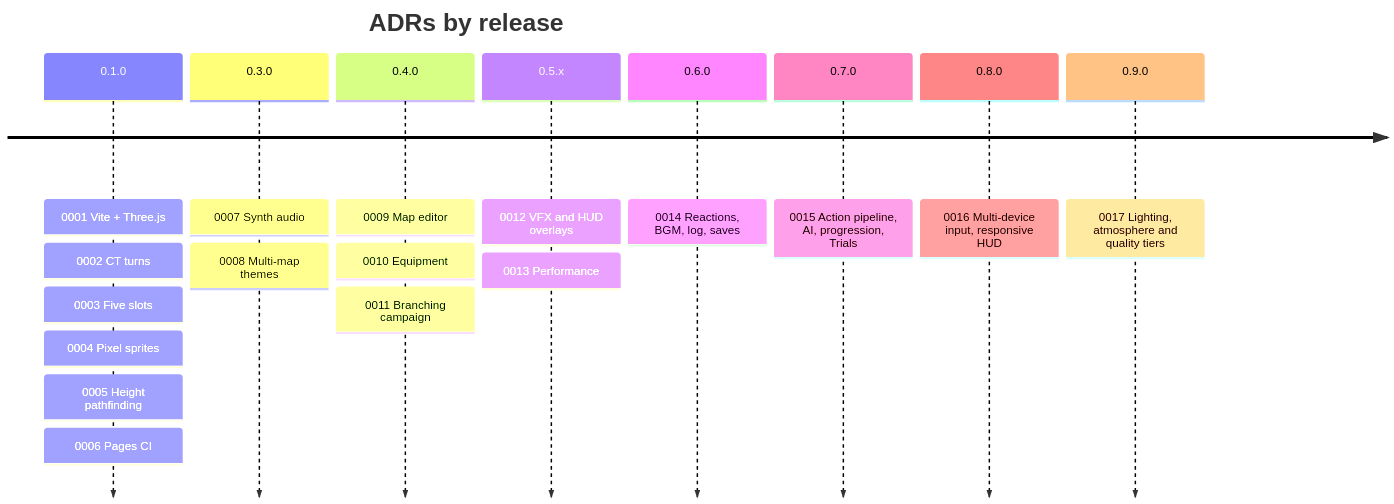
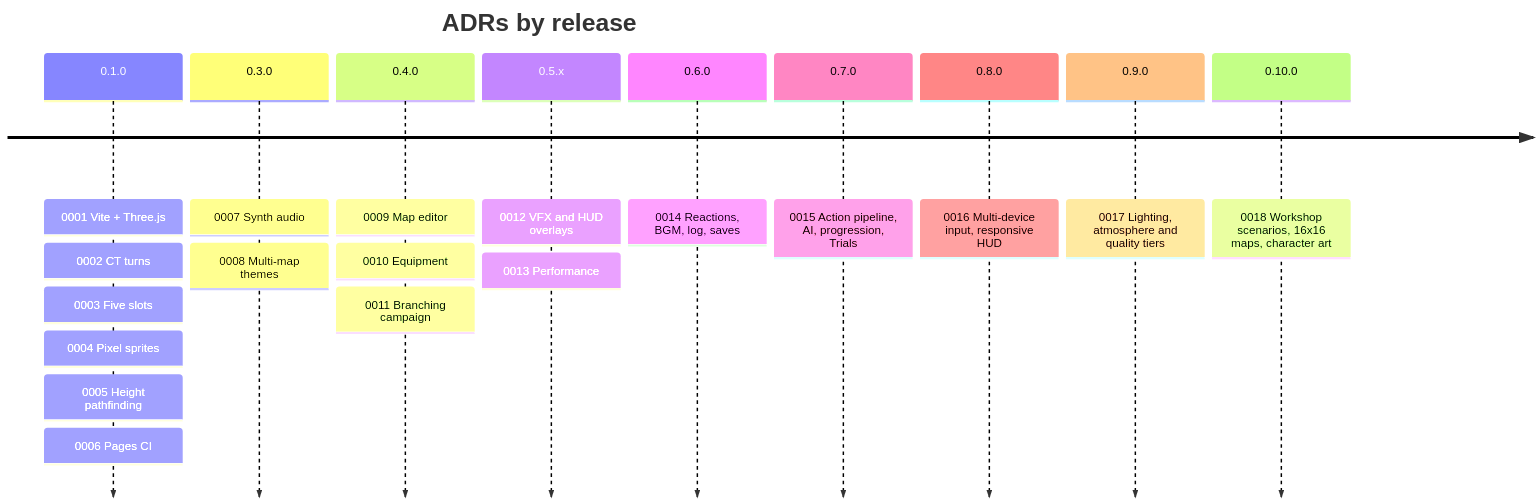
The second of 2 diagrams in docs/README.md (CptNope/Chess-RPG-Tactics), drawn with Mermaid before and after one commit. The commit also changed other lines of this file and 28 other files, not shown here.

````diff
--- a/docs/README.md
+++ b/docs/README.md
@@ -52,12 +52,13 @@
 ```mermaid
 timeline
     title ADRs by release
     0.1.0 : 0001 Vite + Three.js : 0002 CT turns : 0003 Five slots : 0004 Pixel sprites : 0005 Height pathfinding : 0006 Pages CI
     0.3.0 : 0007 Synth audio : 0008 Multi-map themes
     0.4.0 : 0009 Map editor : 0010 Equipment : 0011 Branching campaign
     0.5.x : 0012 VFX and HUD overlays : 0013 Performance
     0.6.0 : 0014 Reactions, BGM, log, saves
     0.7.0 : 0015 Action pipeline, AI, progression, Trials
     0.8.0 : 0016 Multi-device input, responsive HUD
     0.9.0 : 0017 Lighting, atmosphere and quality tiers
+    0.10.0 : 0018 Workshop scenarios, 16x16 maps, character art
 ```
````
